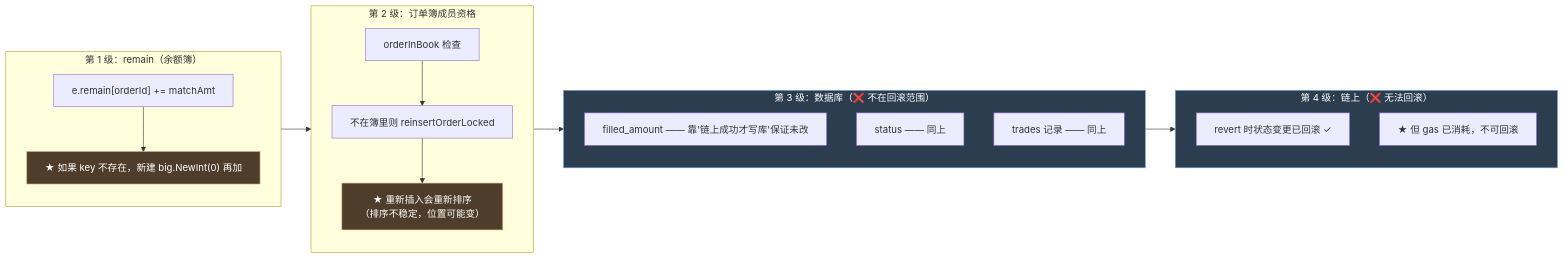
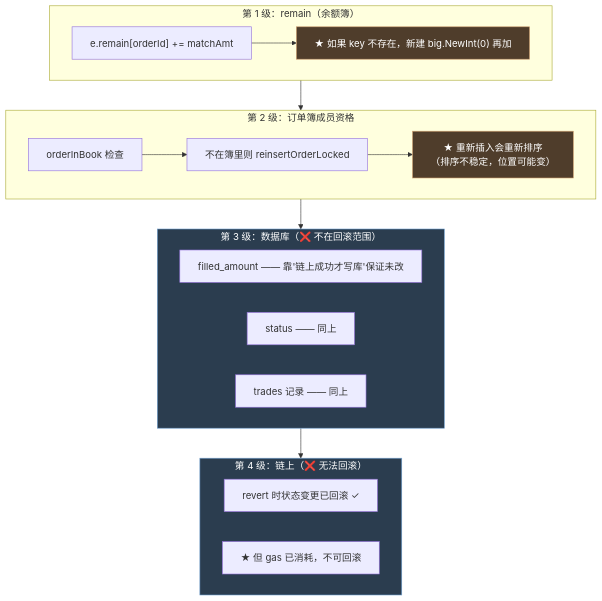
Before and after one commit to beyondcool/web3-study-notes: the third of 4 diagrams in perpetual-contract/项目阅读指导go/11-链上失败之后-rollbackMatch的边界以及它没有覆盖的部分.md, drawn with Mermaid. The commit also changed 31 other files, not shown here.

````diff
--- a/perpetual-contract/项目阅读指导go/11-链上失败之后-rollbackMatch的边界以及它没有覆盖的部分.md
+++ b/perpetual-contract/项目阅读指导go/11-链上失败之后-rollbackMatch的边界以及它没有覆盖的部分.md
@@ -205,34 +205,34 @@
 ```mermaid
 %%{init: {'flowchart': {'wrappingWidth': 1000}}}%%
-flowchart LR
+flowchart TB
     subgraph L1["第 1 级：remain（余额簿）"]
         R1["e.remain[orderId] += matchAmt"]
         R2["★ 如果 key 不存在，新建 big.NewInt(0) 再加"]
         R1 --> R2
     end
 
     subgraph L2["第 2 级：订单簿成员资格"]
         B1["orderInBook 检查"]
         B2["不在簿里则 reinsertOrderLocked"]
         B3["★ 重新插入会重新排序<br/>（排序不稳定，位置可能变）"]
         B1 --> B2 --> B3
     end
 
     subgraph L3["第 3 级：数据库（❌ 不在回滚范围）"]
         D1["filled_amount —— 靠'链上成功才写库'保证未改"]
         D2["status —— 同上"]
         D3["trades 记录 —— 同上"]
     end
 
     subgraph L4["第 4 级：链上（❌ 无法回滚）"]
         C1["revert 时状态变更已回滚 ✓"]
         C2["★ 但 gas 已消耗，不可回滚"]
     end
 
     L1 --> L2 --> L3 --> L4
 
     style L3 fill:#2b3d4f,stroke:#70a0d0,color:#fff
     style L4 fill:#2b3d4f,stroke:#70a0d0,color:#fff
     style R2 fill:#4f3d2b,stroke:#d0a070,color:#fff
     style B3 fill:#4f3d2b,stroke:#d0a070,color:#fff
 ```
````
